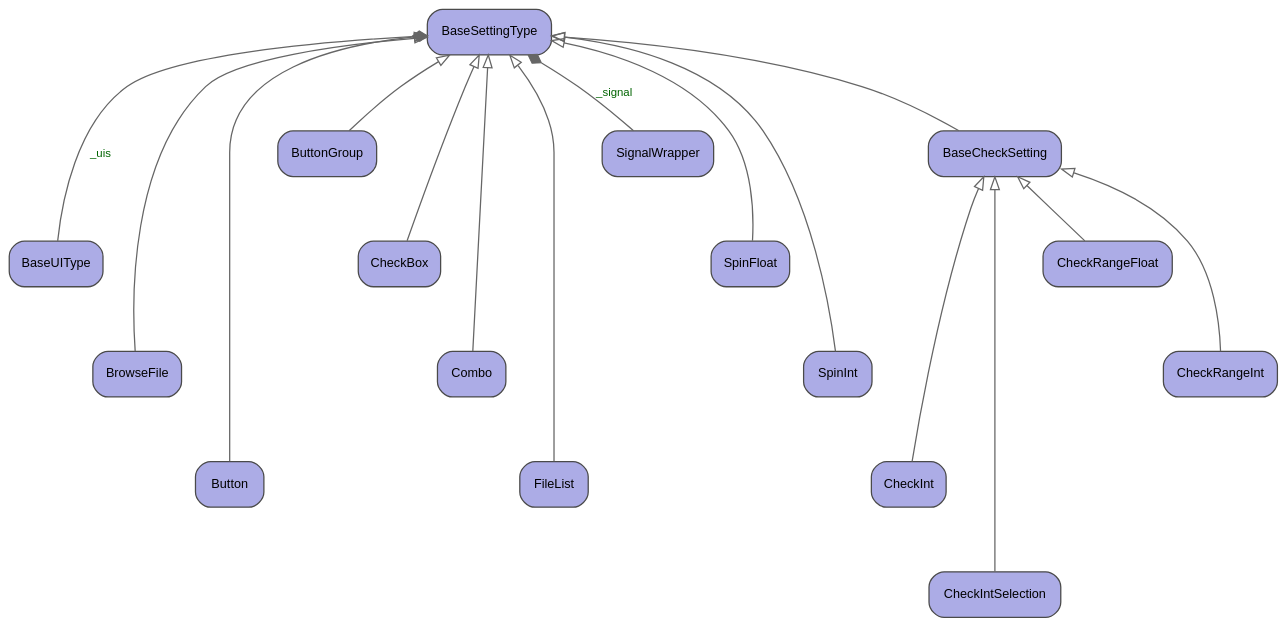
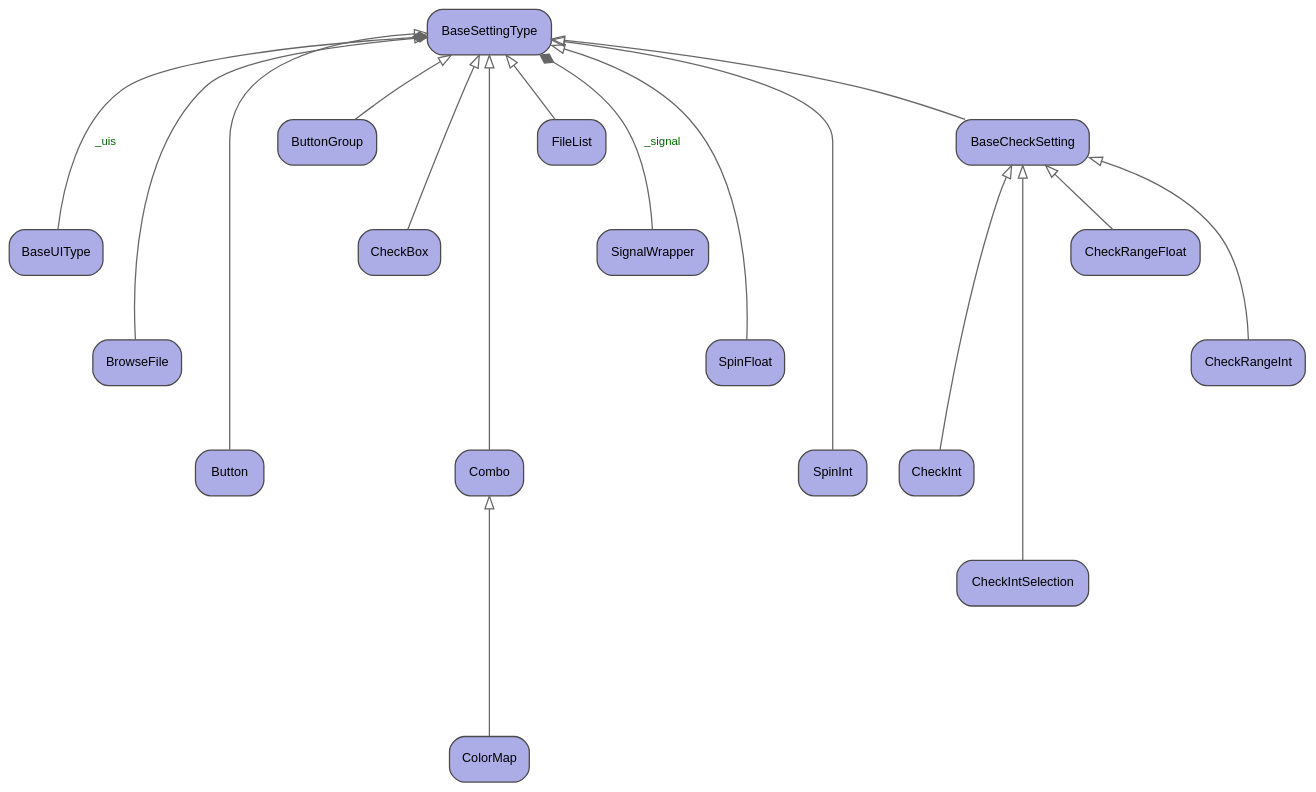
Before and after one commit to tmonseigne/palm-tracer: the diagram in docs/_static/graph/classes_types.dot, drawn with Graphviz. The commit also changed 6 other files, not shown here.

Commit message:
:memo: Update Class Diagram

```diff
--- a/docs/_static/graph/classes_types.dot
+++ b/docs/_static/graph/classes_types.dot
@@ -1,38 +1,40 @@
 digraph "classes_types" {
 graph [bgcolor="transparent", nodesep="0.35", pad="0.2", rankdir="BT", ranksep="0.7"];
 node [color="#4a4a4a", fillcolor="#acace6", fontcolor="black", fontname="Helvetica", fontsize="10", shape="box", style="filled,rounded"];
 edge [color="#666666", fontcolor="#006400", fontname="Helvetica", fontsize="9"];
 
 "palm_tracer.Settings.Types.BaseCheckSetting.BaseCheckSetting" [label="BaseCheckSetting"];
 "palm_tracer.Settings.Types.BaseSettingType.BaseSettingType" [label="BaseSettingType"];
 "palm_tracer.Settings.Types.BaseUIType.BaseUIType" [label="BaseUIType"];
 "palm_tracer.Settings.Types.BrowseFile.BrowseFile" [label="BrowseFile"];
 "palm_tracer.Settings.Types.Button.Button" [label="Button"];
 "palm_tracer.Settings.Types.ButtonGroup.ButtonGroup" [label="ButtonGroup"];
 "palm_tracer.Settings.Types.CheckBox.CheckBox" [label="CheckBox"];
 "palm_tracer.Settings.Types.CheckInt.CheckInt" [label="CheckInt"];
 "palm_tracer.Settings.Types.CheckIntSelection.CheckIntSelection" [label="CheckIntSelection"];
 "palm_tracer.Settings.Types.CheckRangeFloat.CheckRangeFloat" [label="CheckRangeFloat"];
 "palm_tracer.Settings.Types.CheckRangeInt.CheckRangeInt" [label="CheckRangeInt"];
+"palm_tracer.Settings.Types.ColorMap.ColorMap" [label="ColorMap"];
 "palm_tracer.Settings.Types.Combo.Combo" [label="Combo"];
 "palm_tracer.Settings.Types.FileList.FileList" [label="FileList"];
 "palm_tracer.Settings.Types.SignalWrapper.SignalWrapper" [label="SignalWrapper"];
 "palm_tracer.Settings.Types.SpinFloat.SpinFloat" [label="SpinFloat"];
 "palm_tracer.Settings.Types.SpinInt.SpinInt" [label="SpinInt"];
 
 "palm_tracer.Settings.Types.BaseCheckSetting.BaseCheckSetting" -> "palm_tracer.Settings.Types.BaseSettingType.BaseSettingType" [arrowhead="empty", arrowtail="none", minlen="1"];
 "palm_tracer.Settings.Types.BaseUIType.BaseUIType" -> "palm_tracer.Settings.Types.BaseSettingType.BaseSettingType" [arrowhead="diamond", arrowtail="none", fontcolor="#006400", label="_uis", minlen="2"];
 "palm_tracer.Settings.Types.BrowseFile.BrowseFile" -> "palm_tracer.Settings.Types.BaseSettingType.BaseSettingType" [arrowhead="empty", arrowtail="none", minlen="3"];
 "palm_tracer.Settings.Types.Button.Button" -> "palm_tracer.Settings.Types.BaseSettingType.BaseSettingType" [arrowhead="empty", arrowtail="none", minlen="4"];
 "palm_tracer.Settings.Types.ButtonGroup.ButtonGroup" -> "palm_tracer.Settings.Types.BaseSettingType.BaseSettingType" [arrowhead="empty", arrowtail="none", minlen="1"];
 "palm_tracer.Settings.Types.CheckBox.CheckBox" -> "palm_tracer.Settings.Types.BaseSettingType.BaseSettingType" [arrowhead="empty", arrowtail="none", minlen="2"];
 "palm_tracer.Settings.Types.CheckInt.CheckInt" -> "palm_tracer.Settings.Types.BaseCheckSetting.BaseCheckSetting" [arrowhead="empty", arrowtail="none", minlen="3"];
 "palm_tracer.Settings.Types.CheckIntSelection.CheckIntSelection" -> "palm_tracer.Settings.Types.BaseCheckSetting.BaseCheckSetting" [arrowhead="empty", arrowtail="none", minlen="4"];
 "palm_tracer.Settings.Types.CheckRangeFloat.CheckRangeFloat" -> "palm_tracer.Settings.Types.BaseCheckSetting.BaseCheckSetting" [arrowhead="empty", arrowtail="none", minlen="1"];
 "palm_tracer.Settings.Types.CheckRangeInt.CheckRangeInt" -> "palm_tracer.Settings.Types.BaseCheckSetting.BaseCheckSetting" [arrowhead="empty", arrowtail="none", minlen="2"];
-"palm_tracer.Settings.Types.Combo.Combo" -> "palm_tracer.Settings.Types.BaseSettingType.BaseSettingType" [arrowhead="empty", arrowtail="none", minlen="3"];
-"palm_tracer.Settings.Types.FileList.FileList" -> "palm_tracer.Settings.Types.BaseSettingType.BaseSettingType" [arrowhead="empty", arrowtail="none", minlen="4"];
-"palm_tracer.Settings.Types.SignalWrapper.SignalWrapper" -> "palm_tracer.Settings.Types.BaseSettingType.BaseSettingType" [arrowhead="diamond", arrowtail="none", fontcolor="#006400", label="_signal", minlen="1"];
-"palm_tracer.Settings.Types.SpinFloat.SpinFloat" -> "palm_tracer.Settings.Types.BaseSettingType.BaseSettingType" [arrowhead="empty", arrowtail="none", minlen="2"];
-"palm_tracer.Settings.Types.SpinInt.SpinInt" -> "palm_tracer.Settings.Types.BaseSettingType.BaseSettingType" [arrowhead="empty", arrowtail="none", minlen="3"];
+"palm_tracer.Settings.Types.ColorMap.ColorMap" -> "palm_tracer.Settings.Types.Combo.Combo" [arrowhead="empty", arrowtail="none", minlen="3"];
+"palm_tracer.Settings.Types.Combo.Combo" -> "palm_tracer.Settings.Types.BaseSettingType.BaseSettingType" [arrowhead="empty", arrowtail="none", minlen="4"];
+"palm_tracer.Settings.Types.FileList.FileList" -> "palm_tracer.Settings.Types.BaseSettingType.BaseSettingType" [arrowhead="empty", arrowtail="none", minlen="1"];
+"palm_tracer.Settings.Types.SignalWrapper.SignalWrapper" -> "palm_tracer.Settings.Types.BaseSettingType.BaseSettingType" [arrowhead="diamond", arrowtail="none", fontcolor="#006400", label="_signal", minlen="2"];
+"palm_tracer.Settings.Types.SpinFloat.SpinFloat" -> "palm_tracer.Settings.Types.BaseSettingType.BaseSettingType" [arrowhead="empty", arrowtail="none", minlen="3"];
+"palm_tracer.Settings.Types.SpinInt.SpinInt" -> "palm_tracer.Settings.Types.BaseSettingType.BaseSettingType" [arrowhead="empty", arrowtail="none", minlen="4"];
 }
```
